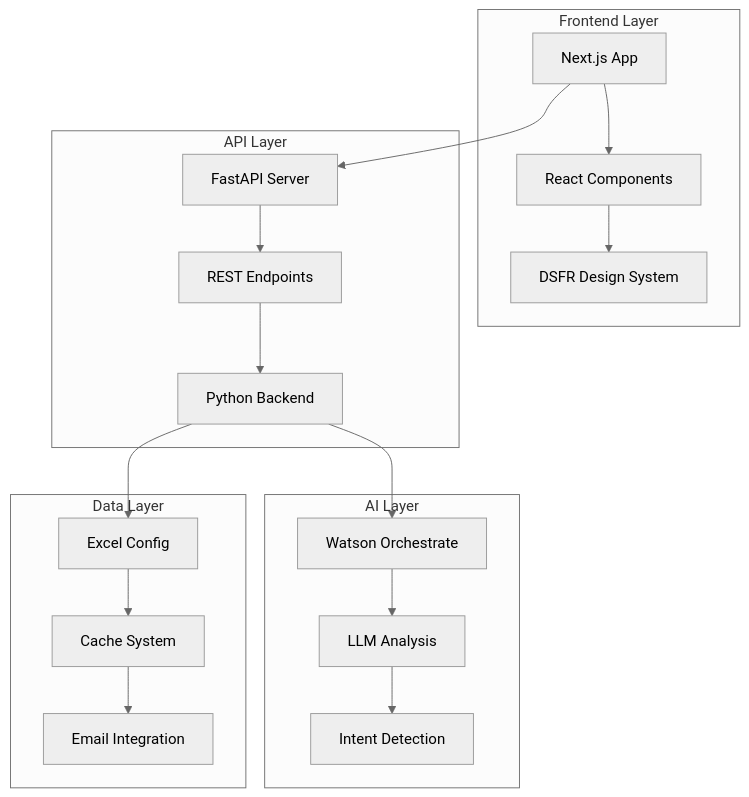
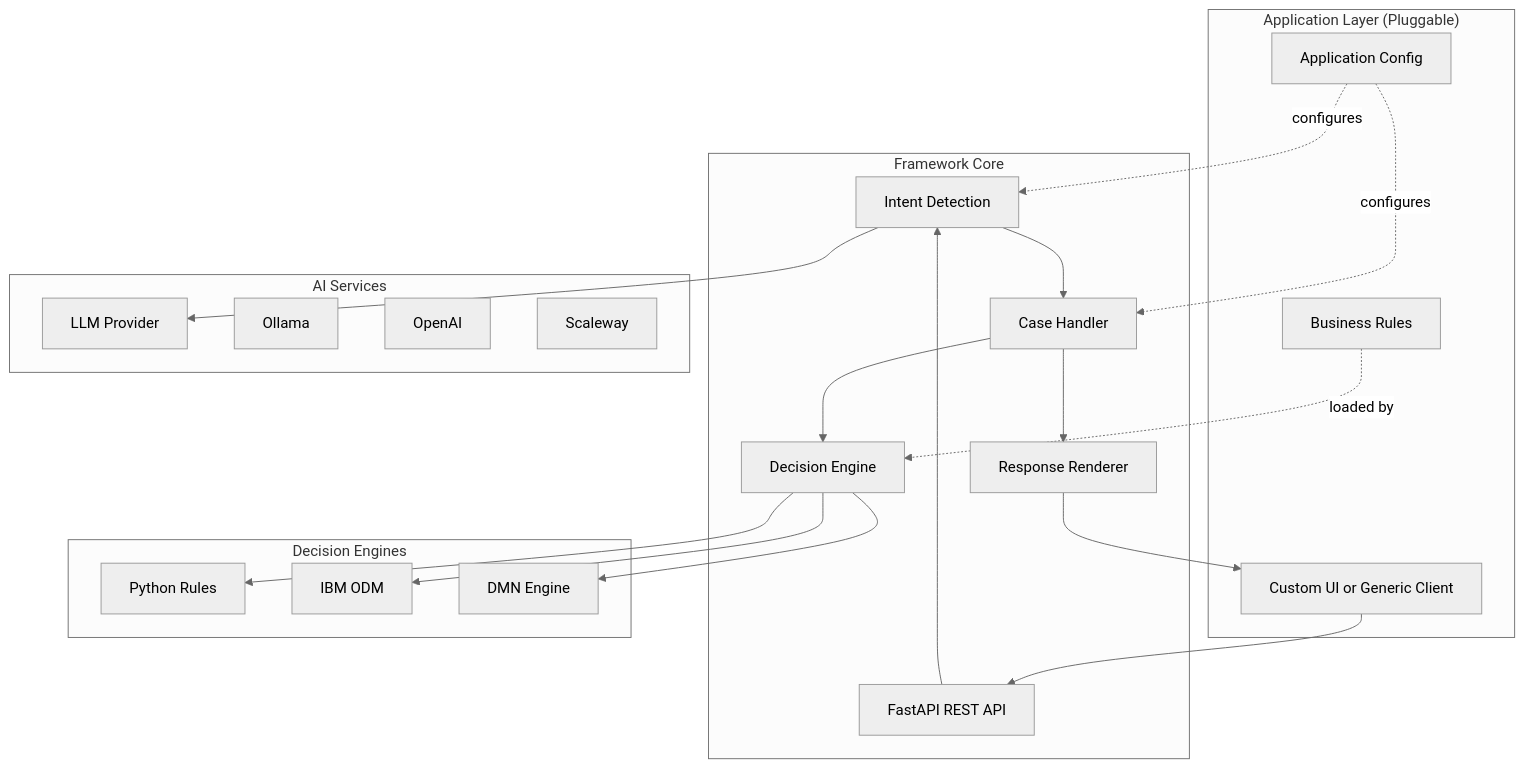
The first of 2 diagrams in README.md (athena-ceo/trusted-service), drawn with Mermaid (neutral theme) before and after one commit. The commit also changed other lines of this file and 9 other files, not shown here.

````diff
--- a/README.md
+++ b/README.md
@@ -147,26 +234,44 @@
 ```mermaid
 graph TB
-    subgraph "Frontend Layer"
-        A[Next.js App] --> B[React Components]
-        B --> C[DSFR Design System]
+    subgraph "Application Layer (Pluggable)"
+        APP[Application Config]
+        APP_RULES[Business Rules]
+        APP_UI[Custom UI or Generic Client]
     end
     
-    subgraph "API Layer"
-        D[FastAPI Server] --> E[REST Endpoints]
-        E --> F[Python Backend]
+    subgraph "Framework Core"
+        API[FastAPI REST API]
+        INTENT[Intent Detection]
+        CASE[Case Handler]
+        DECISION[Decision Engine]
+        RENDER[Response Renderer]
     end
     
-    subgraph "AI Layer"
-        G[Watson Orchestrate] --> H[LLM Analysis]
-        H --> I[Intent Detection]
+    subgraph "AI Services"
+        LLM[LLM Provider]
+        OLLAMA[Ollama]
+        OPENAI[OpenAI]
+        SCALEWAY[Scaleway]
     end
     
-    subgraph "Data Layer"
-        J[Excel Config] --> K[Cache System]
-        K --> L[Email Integration]
+    subgraph "Decision Engines"
+        PYTHON[Python Rules]
+        ODM[IBM ODM]
+        DMN[DMN Engine]
     end
     
-    A --> D
-    F --> G
-    F --> J
+    APP_UI --> API
+    API --> INTENT
+    INTENT --> LLM
+    INTENT --> CASE
+    CASE --> DECISION
+    DECISION --> PYTHON
+    DECISION --> ODM
+    DECISION --> DMN
+    CASE --> RENDER
+    RENDER --> APP_UI
+    
+    APP -.configures.-> INTENT
+    APP -.configures.-> CASE
+    APP_RULES -.loaded by.-> DECISION
 ```
````
